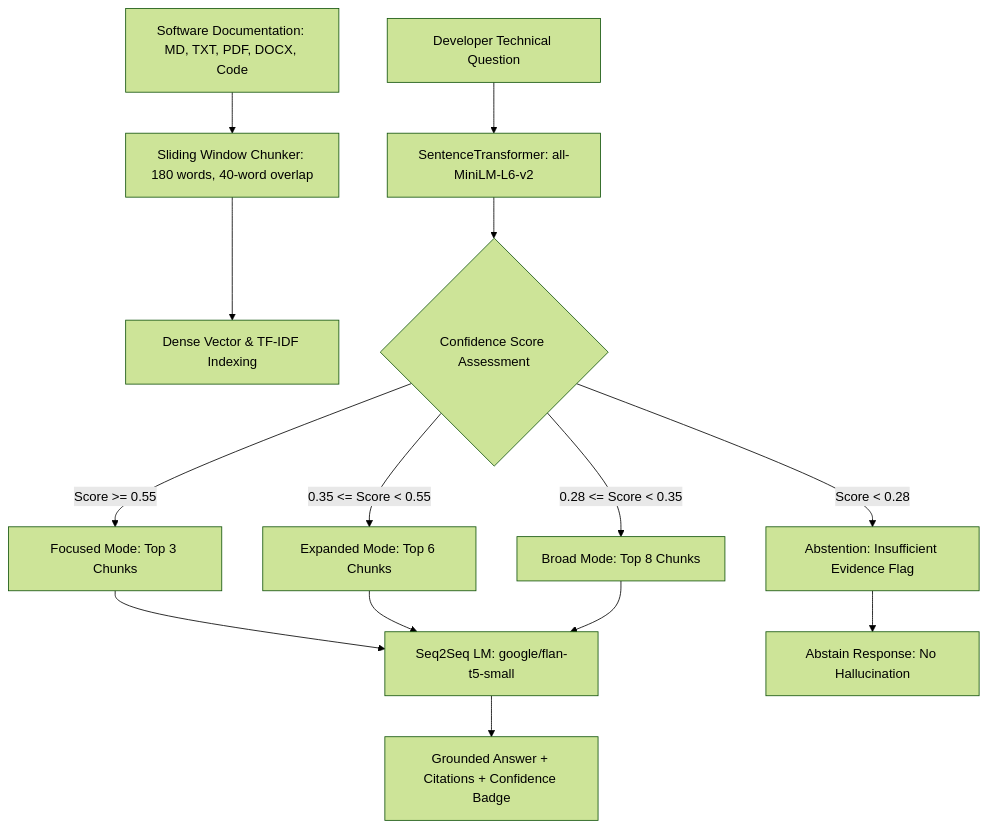
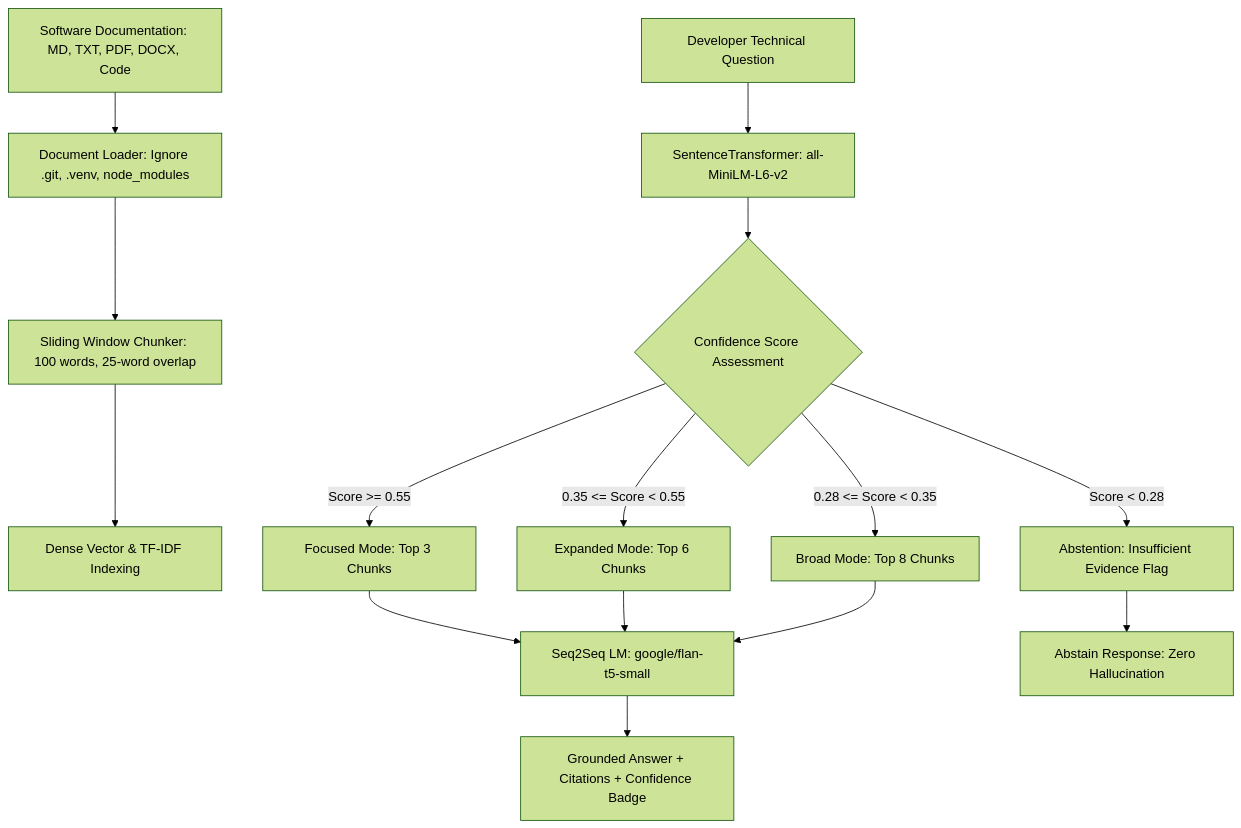
Before and after one commit to Abyman2/Adaptive-RAG-Assistant-for-Software-Project-Documentation: the diagram in README.md, drawn with Mermaid (forest theme). The commit also changed other lines of this file and 15 other files, not shown here.

````diff
--- a/README.md
+++ b/README.md
@@ -38,20 +53,21 @@
 ```mermaid
 flowchart TD
-    Doc[Software Documentation: MD, TXT, PDF, DOCX, Code] --> Chunker[Sliding Window Chunker: 180 words, 40-word overlap]
+    Doc[Software Documentation: MD, TXT, PDF, DOCX, Code] --> Loader[Document Loader: Ignore .git, .venv, node_modules]
+    Loader --> Chunker[Sliding Window Chunker: 100 words, 25-word overlap]
     Chunker --> Indexer[Dense Vector & TF-IDF Indexing]
     
     Query[Developer Technical Question] --> DenseRetriever[SentenceTransformer: all-MiniLM-L6-v2]
     DenseRetriever --> ConfCheck{Confidence Score Assessment}
     
     ConfCheck -->|Score >= 0.55| Focused[Focused Mode: Top 3 Chunks]
     ConfCheck -->|0.35 <= Score < 0.55| Expanded[Expanded Mode: Top 6 Chunks]
     ConfCheck -->|0.28 <= Score < 0.35| Broad[Broad Mode: Top 8 Chunks]
     ConfCheck -->|Score < 0.28| Abstain[Abstention: Insufficient Evidence Flag]
     
     Focused --> Generator[Seq2Seq LM: google/flan-t5-small]
     Expanded --> Generator
     Broad --> Generator
-    Abstain --> DirectReject[Abstain Response: No Hallucination]
+    Abstain --> DirectReject[Abstain Response: Zero Hallucination]
     
     Generator --> Output[Grounded Answer + Citations + Confidence Badge]
 ```
````
